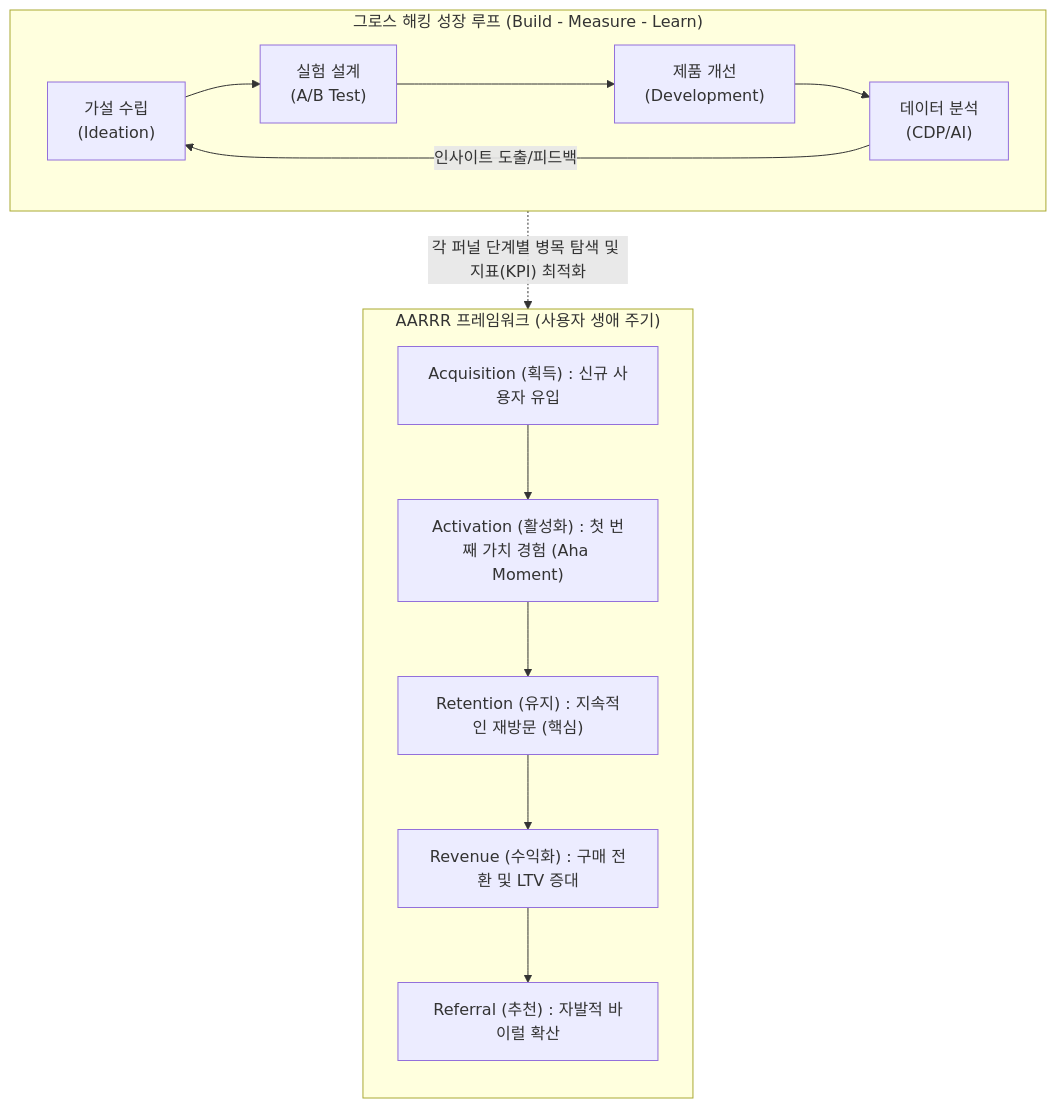
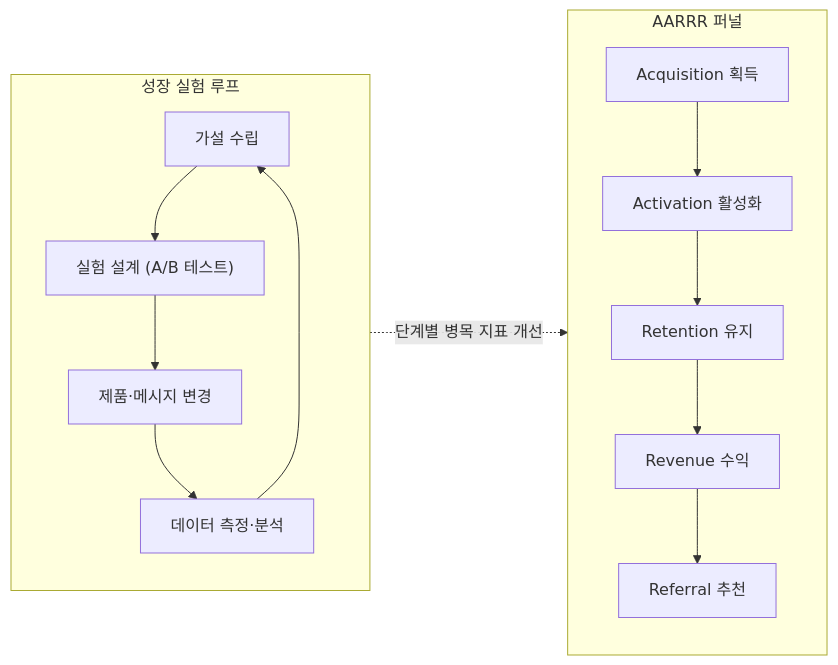
The diagram in content/01_IT Tech/그로스 해킹.md (supremethumb/supremethumb.github.io), drawn with Mermaid before and after one commit. The commit also changed other lines of this file and 1087 other files, not shown here.

````diff
--- a/content/01_IT Tech/그로스 해킹.md
+++ b/content/01_IT Tech/그로스 해킹.md
@@ -29,32 +34,12 @@
 ```mermaid
-flowchart TB
-    subgraph Growth_Loop ["그로스 해킹 성장 루프 (Build - Measure - Learn)"]
-        direction LR
-        Ideation["가설 수립<br/>(Ideation)"]
-        Exp["실험 설계<br/>(A/B Test)"]
-        Dev["제품 개선<br/>(Development)"]
-        Data["데이터 분석<br/>(CDP/AI)"]
-        
-        Ideation --> Exp
-        Exp --> Dev
-        Dev --> Data
-        Data -- "인사이트 도출/피드백" --> Ideation
+flowchart LR
+    subgraph L["성장 실험 루프"]
+        direction TB
+        H["가설 수립"] --> E["실험 설계 (A/B 테스트)"] --> B["제품·메시지 변경"] --> M["데이터 측정·분석"] --> H
     end
-    
-    subgraph Funnel ["AARRR 프레임워크 (사용자 생애 주기)"]
+    subgraph F["AARRR 퍼널"]
         direction TB
-        Acq["Acquisition (획득) : 신규 사용자 유입"]
-        Act["Activation (활성화) : 첫 번째 가치 경험 (Aha Moment)"]
-        Ret["Retention (유지) : 지속적인 재방문 (핵심)"]
-        Rev["Revenue (수익화) : 구매 전환 및 LTV 증대"]
-        Ref["Referral (추천) : 자발적 바이럴 확산"]
-        
-        Acq --> Act
-        Act --> Ret
-        Ret --> Rev
-        Rev --> Ref
+        A1["Acquisition 획득"] --> A2["Activation 활성화"] --> R1["Retention 유지"] --> R2["Revenue 수익"] --> R3["Referral 추천"]
     end
-    
-    Growth_Loop -. "각 퍼널 단계별 병목 탐색 및 지표(KPI) 최적화" .-> Funnel
-
+    L -. "단계별 병목 지표 개선" .-> F
 ```
````
